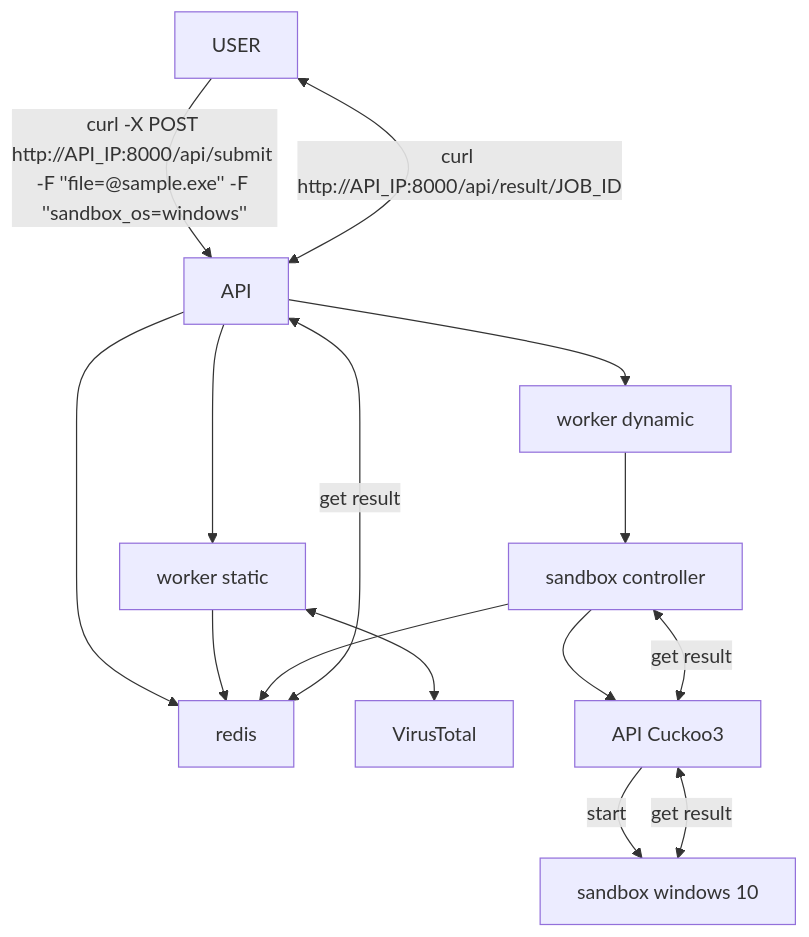
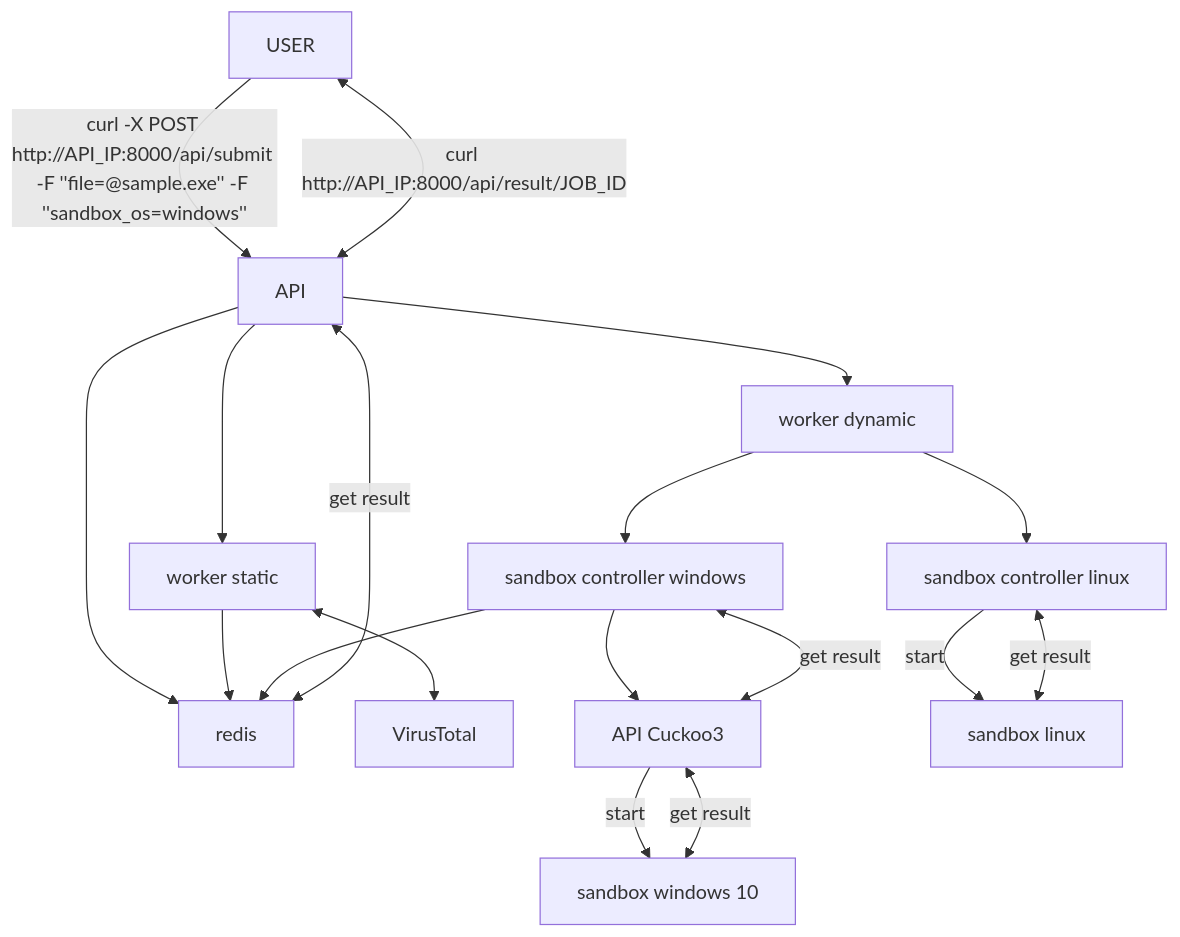
Before and after one commit to na-teag/PFE: the second of 3 diagrams in docs/ARCHITECTURE.md, drawn with Mermaid. The commit also changed other lines of this file, not shown here.

Commit message:
docs : update ARCHITECTURE.md

````diff
--- a/docs/ARCHITECTURE.md
+++ b/docs/ARCHITECTURE.md
@@ -31,22 +34,24 @@
 ```mermaid
 flowchart TD    
     USER-->|curl -X POST http://API_IP:8000/api/submit -F ''file=@sample.exe'' -F ''sandbox_os=windows''|API
     API --> redis
     API --> worker1[worker static]
     API --> worker2[worker dynamic]
-    worker2 --> controller[sandbox controller]
+    worker2 --> controller[sandbox controller windows]
+    worker2 --> controllerlinux[sandbox controller linux]
     worker1 <--> VT[VirusTotal]
     controller --> cuckoo[API Cuckoo3]
+    controllerlinux -->|start| sandboxebpf[sandbox linux]
+    controllerlinux <-->|get result| sandboxebpf
     cuckoo -->|start| sandbox[sandbox windows 10]
     cuckoo <-->|get result| sandbox
     controller <-->|get result| cuckoo
     worker1 --> redis
     controller --> redis
     USER <-->|curl http://API_IP:8000/api/result/JOB_ID| API
     API <-->|get result| redis
     click VT "https://virustotal.com" "VirusTotal" _blank
-    click drakvuf "https://drakvuf.com/" "drakvuf" _blank
     click redis " https://redis.io/" "redis" _blank
     click redis2 " https://redis.io/" "redis" _blank
    
 ```
````
